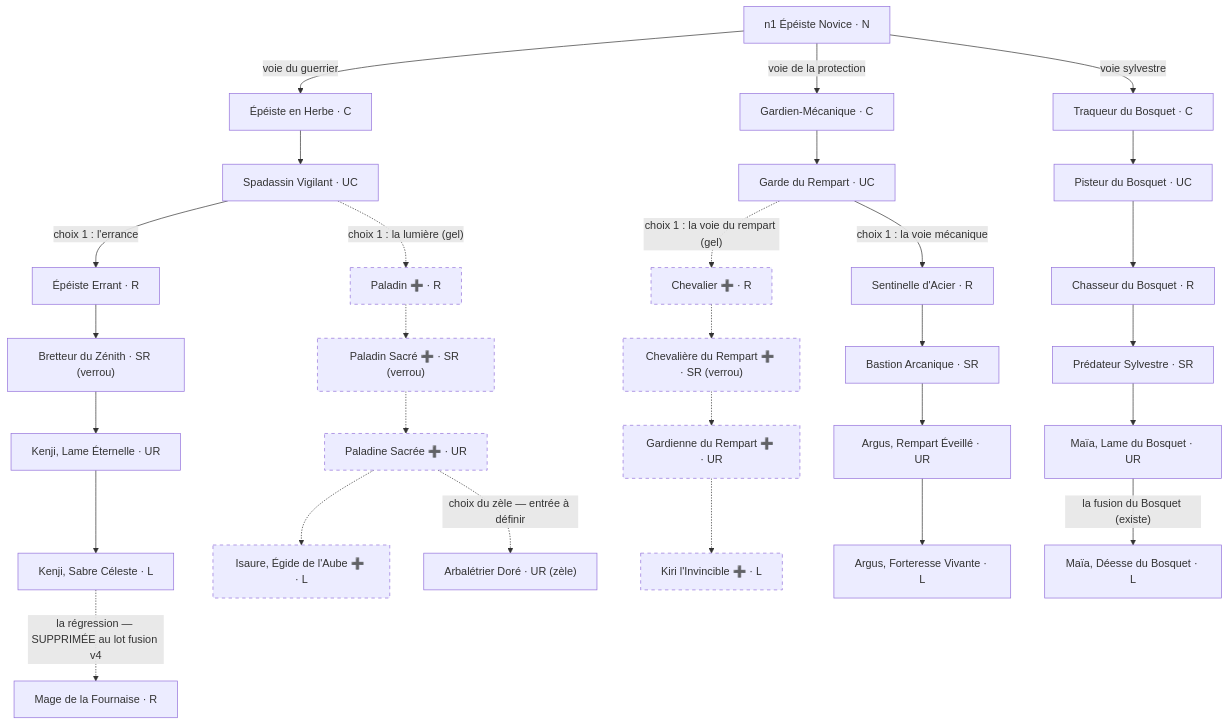
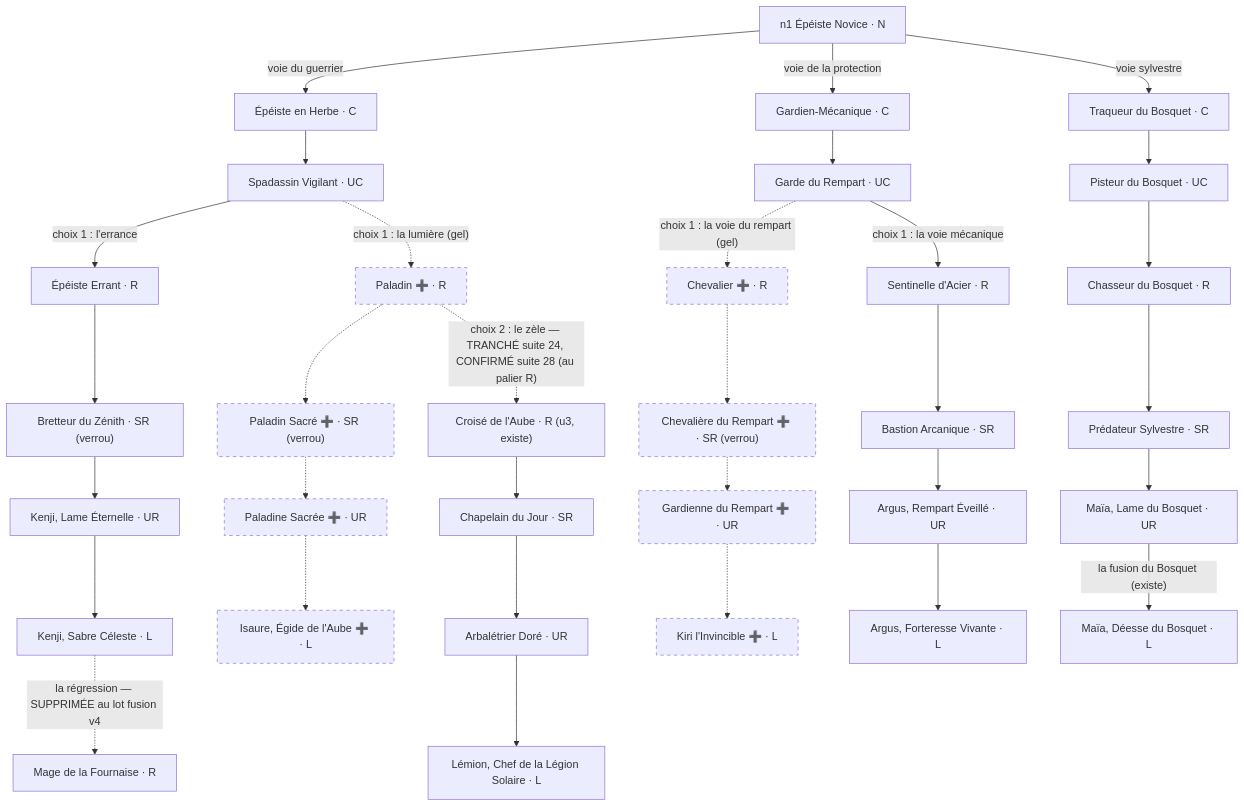
One commit to mobize191/aicg-lignees changed the second of 15 diagrams in docs/design/design-arbres-v18.md. Above: the diagram before and after it, drawn with Mermaid. The commit also changed other lines of this file and 4 other files, not shown here.

````diff
--- a/docs/design/design-arbres-v18.md
+++ b/docs/design/design-arbres-v18.md
@@ -268,33 +278,36 @@
 ```mermaid
 flowchart TD
   N1["n1 Épéiste Novice · N"] -->|"voie du guerrier"| A1["Épéiste en Herbe · C"]
   N1 -->|"voie de la protection"| S4["Gardien-Mécanique · C"]
   N1 -->|"voie sylvestre"| A24["Traqueur du Bosquet · C"]
   A1 --> A30["Spadassin Vigilant · UC"]
   S4 --> S14["Garde du Rempart · UC"]
   A24 --> A33["Pisteur du Bosquet · UC"]
   A30 -->|"choix 1 : l'errance"| A6["Épéiste Errant · R"]
   A30 -.->|"choix 1 : la lumière (gel)"| PAL["Paladin ➕ · R"]
   S14 -->|"choix 1 : la voie mécanique"| S6["Sentinelle d'Acier · R"]
   S14 -.->|"choix 1 : la voie du rempart (gel)"| CHE["Chevalier ➕ · R"]
   A33 --> A25["Chasseur du Bosquet · R"]
   A6 --> A10["Bretteur du Zénith · SR (verrou)"]
   A10 --> A15["Kenji, Lame Éternelle · UR"]
   A15 --> A17["Kenji, Sabre Céleste · L"]
   A17 -.->|"la régression — SUPPRIMÉE au lot fusion v4"| A20["Mage de la Fournaise · R"]
   PAL -.-> PALS["Paladin Sacré ➕ · SR (verrou)"]
   PALS -.-> PALU["Paladine Sacrée ➕ · UR"]
   PALU -.-> PALL["Isaure, Égide de l'Aube ➕ · L"]
-  PALU -.->|"choix du zèle — entrée à définir"| LEG["Arbalétrier Doré · UR (zèle)"]
+  PAL -.->|"choix 2 : le zèle — TRANCHÉ suite 24, CONFIRMÉ suite 28 (au palier R)"| U3["Croisé de l'Aube · R (u3, existe)"]
+  U3 --> U4["Chapelain du Jour · SR"]
+  U4 --> U5["Arbalétrier Doré · UR"]
+  U5 --> U6["Lémion, Chef de la Légion Solaire · L"]
   CHE -.-> CHES["Chevalière du Rempart ➕ · SR (verrou)"]
   CHES -.-> CHEU["Gardienne du Rempart ➕ · UR"]
   CHEU -.-> CHEL["Kiri l'Invincible ➕ · L"]
   S6 --> S7["Bastion Arcanique · SR"]
   S7 --> S11["Argus, Rempart Éveillé · UR"]
   S11 --> S12["Argus, Forteresse Vivante · L"]
   A25 --> A26["Prédateur Sylvestre · SR"]
   A26 --> A27["Maïa, Lame du Bosquet · UR"]
   A27 -->|"la fusion du Bosquet (existe)"| A28["Maïa, Déesse du Bosquet · L"]
   classDef gel stroke-dasharray: 5 5;
   class PAL,PALS,PALU,PALL,CHE,CHES,CHEU,CHEL gel;
 ```
````
